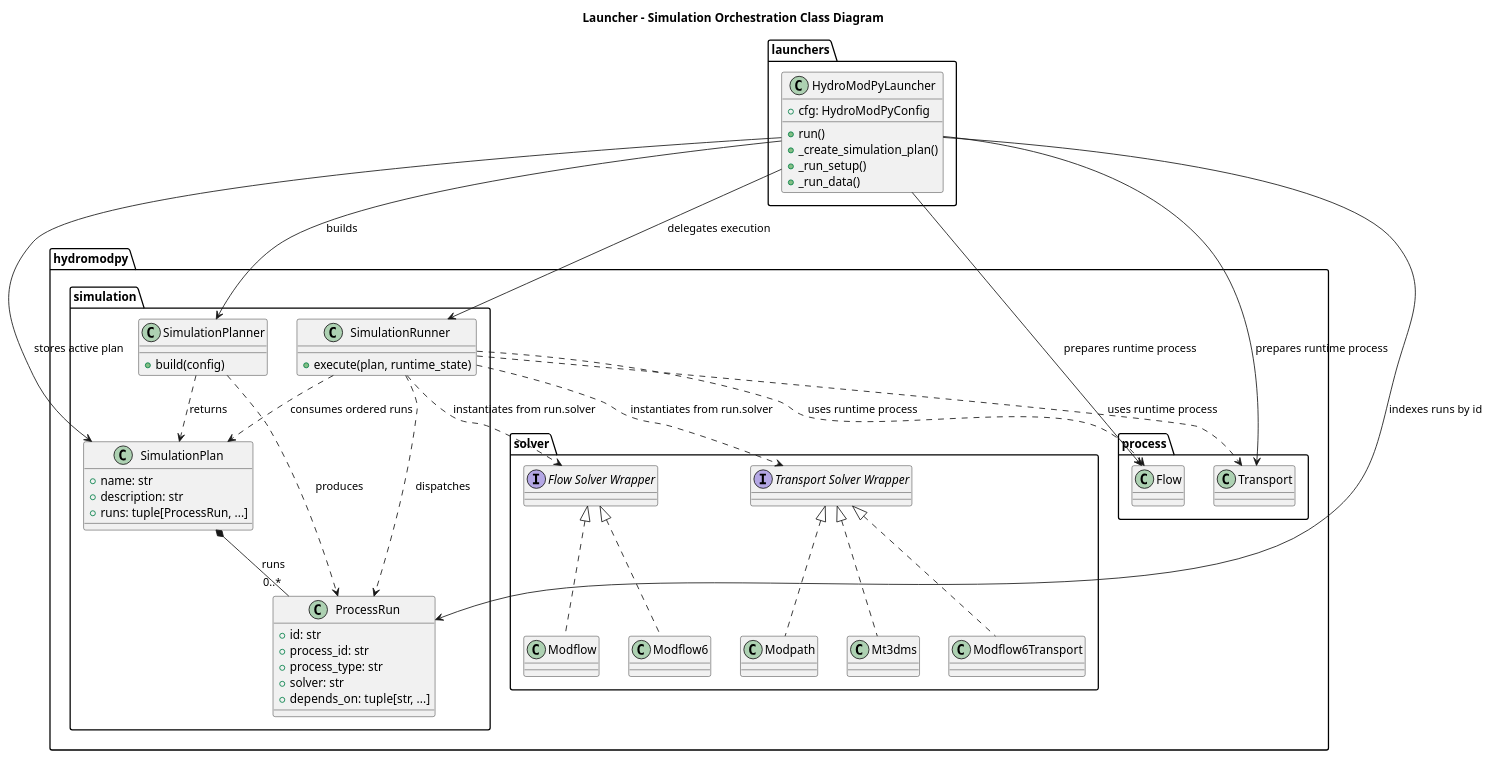
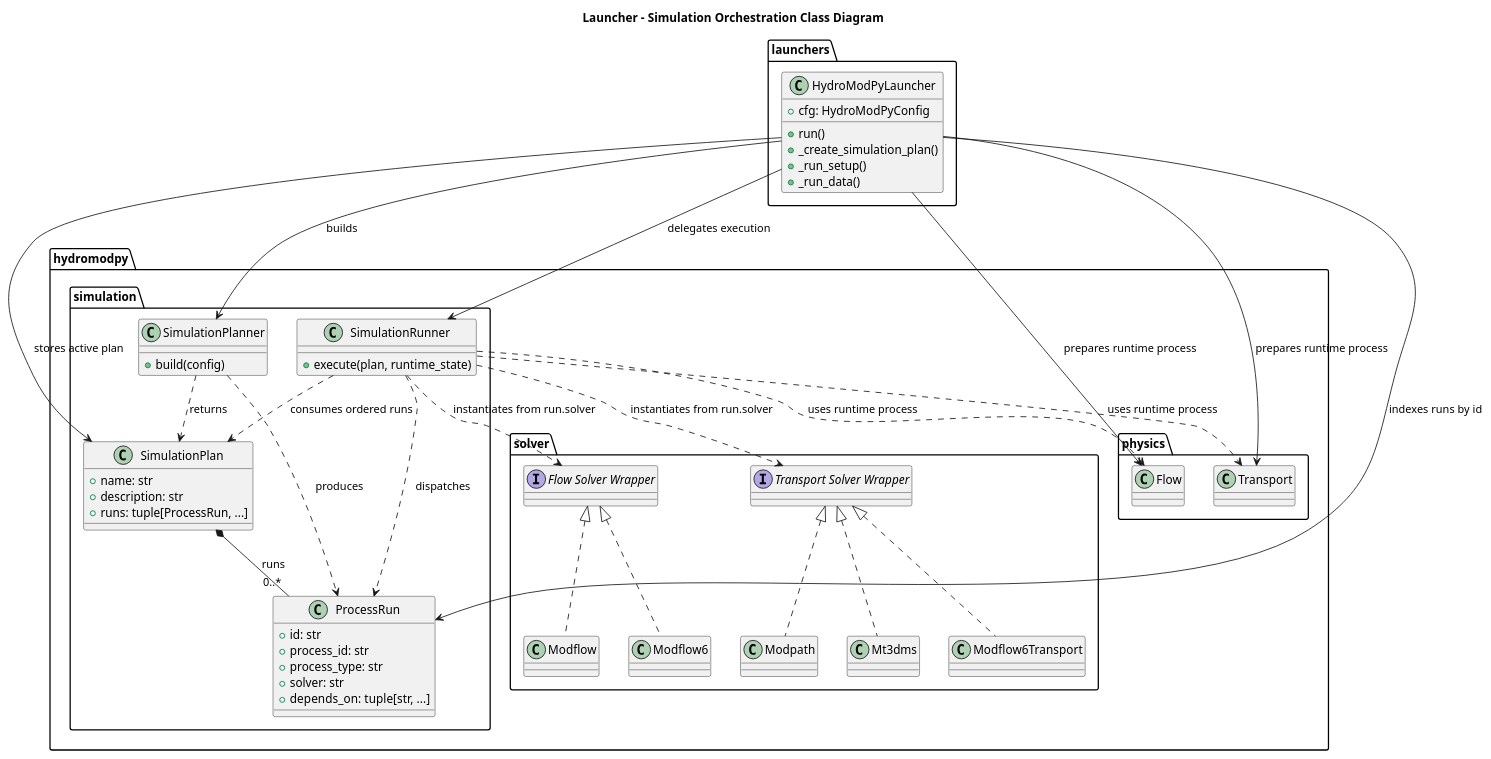
Before and after one commit to HydroModPy/HydroModPy: the diagram in docs/readthedocs/source/architecture/simulation/diagrams/launcher_simulation_orchestration_class.wsd, drawn with PlantUML. The commit also changed 69 other files, not shown here.

```diff
--- a/docs/readthedocs/source/architecture/simulation/diagrams/launcher_simulation_orchestration_class.wsd
+++ b/docs/readthedocs/source/architecture/simulation/diagrams/launcher_simulation_orchestration_class.wsd
@@ -1,80 +1,80 @@
 @startuml
 title Launcher - Simulation Orchestration Class Diagram
 
 package "launchers" {
   class HydroModPyLauncher {
     +cfg: HydroModPyConfig
     +run()
     +_create_simulation_plan()
     +_run_setup()
     +_run_data()
   }
 }
 
 package "hydromodpy.simulation" {
   class SimulationPlanner {
     +build(config)
   }
 
   class SimulationPlan {
     +name: str
     +description: str
     +runs: tuple[ProcessRun, ...]
   }
 
   class ProcessRun {
     +id: str
     +process_id: str
     +process_type: str
     +solver: str
     +depends_on: tuple[str, ...]
   }
 
   class SimulationRunner {
     +execute(plan, runtime_state)
   }
 }
 
-package "hydromodpy.process" {
+package "hydromodpy.physics" {
   class Flow
   class Transport
 }
 
 package "hydromodpy.solver" {
   interface "Flow Solver Wrapper" as FlowSolver
   class Modflow
   class Modflow6
 
   interface "Transport Solver Wrapper" as TransportSolver
   class Modpath
   class Mt3dms
   class Modflow6Transport
 }
 
 HydroModPyLauncher --> SimulationPlanner : builds
 HydroModPyLauncher --> SimulationRunner : delegates execution
 
 SimulationPlanner ..> SimulationPlan : returns
 SimulationPlanner ..> ProcessRun : produces
 
 SimulationPlan *-- "0..*" ProcessRun : runs
 
 HydroModPyLauncher --> SimulationPlan : stores active plan
 HydroModPyLauncher --> ProcessRun : indexes runs by id
 HydroModPyLauncher --> Flow : prepares runtime process
 HydroModPyLauncher --> Transport : prepares runtime process
 
 SimulationRunner ..> SimulationPlan : consumes ordered runs
 SimulationRunner ..> ProcessRun : dispatches
 SimulationRunner ..> Flow : uses runtime process
 SimulationRunner ..> Transport : uses runtime process
 SimulationRunner ..> FlowSolver : instantiates from run.solver
 SimulationRunner ..> TransportSolver : instantiates from run.solver
 
 FlowSolver <|.. Modflow
 FlowSolver <|.. Modflow6
 
 TransportSolver <|.. Modpath
 TransportSolver <|.. Mt3dms
 TransportSolver <|.. Modflow6Transport
 @enduml
```
